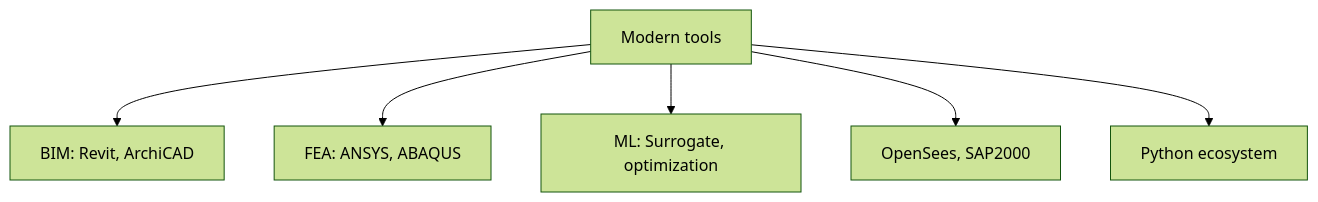
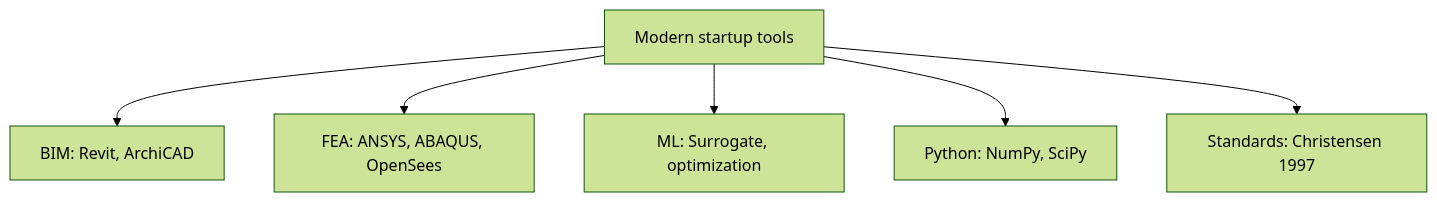
Before and after one commit to yip-lgtm/civil-bootcamp: the sixth of 6 diagrams in MIT_CEE_MEng_SMD/17_1.462_Entrepreneurship_Built_Environment.md, drawn with Mermaid (forest theme). The commit also changed other lines of this file and 56 other files, not shown here.

````diff
--- a/MIT_CEE_MEng_SMD/17_1.462_Entrepreneurship_Built_Environment.md
+++ b/MIT_CEE_MEng_SMD/17_1.462_Entrepreneurship_Built_Environment.md
@@ -566,8 +505,8 @@
 ```mermaid
 graph TD
-    A[Modern tools] --> B[BIM: Revit, ArchiCAD]
-    A --> C[FEA: ANSYS, ABAQUS]
+    A[Modern startup tools] --> B[BIM: Revit, ArchiCAD]
+    A --> C[FEA: ANSYS, ABAQUS, OpenSees]
     A --> D[ML: Surrogate, optimization]
-    A --> E[OpenSees, SAP2000]
-    A --> F[Python ecosystem]
+    A --> E[Python: NumPy, SciPy]
+    A --> F[Standards: Christensen 1997]
 ```
````
